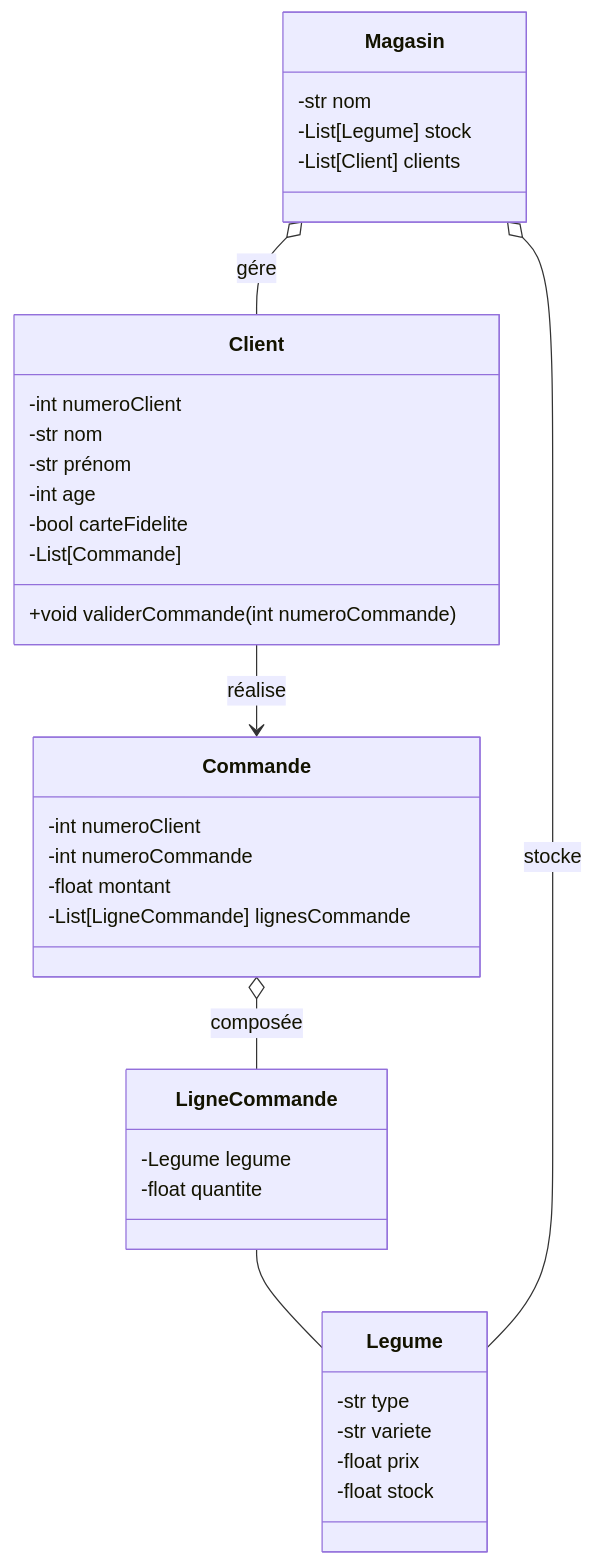
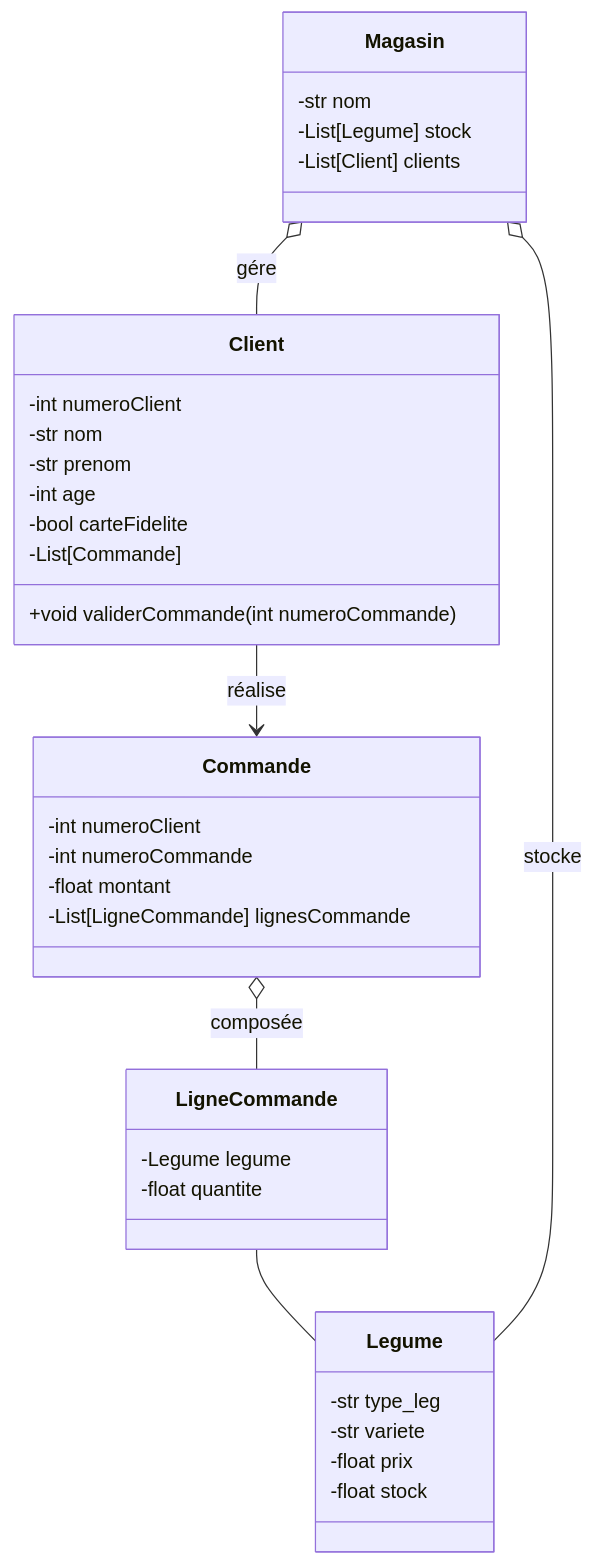
One commit to ludo2ne/ENSAI-2A-remise-a-niveau changed the diagram in docs/annales/examen-2024.qmd. Above: the diagram before and after it, drawn with Mermaid. The commit also changed other lines of this file, not shown here.

````diff
--- a/docs/annales/examen-2024.qmd
+++ b/docs/annales/examen-2024.qmd
@@ -287,43 +312,43 @@
 ```{mermaid}
 classDiagram
     class Magasin {
         -str nom
         -List[Legume] stock
         -List[Client] clients
     }
 
     class Legume {
-        -str type
+        -str type_leg
         -str variete
         -float prix
         -float stock
     }
 
     class Client {
         -int numeroClient
         -str nom
-        -str prénom
+        -str prenom
         -int age
         -bool carteFidelite
         -List[Commande]
         +void validerCommande(int numeroCommande)
     }
 
     class Commande {
         -int numeroClient
         -int numeroCommande
         -float montant
         -List[LigneCommande] lignesCommande
     }
 
     class LigneCommande {
         -Legume legume
         -float quantite
     }
 
     Magasin o-- Client : gére
     Client --> Commande : réalise
     Commande o-- LigneCommande : composée
     LigneCommande -- Legume
     Magasin o-- Legume : stocke
 ```
````
